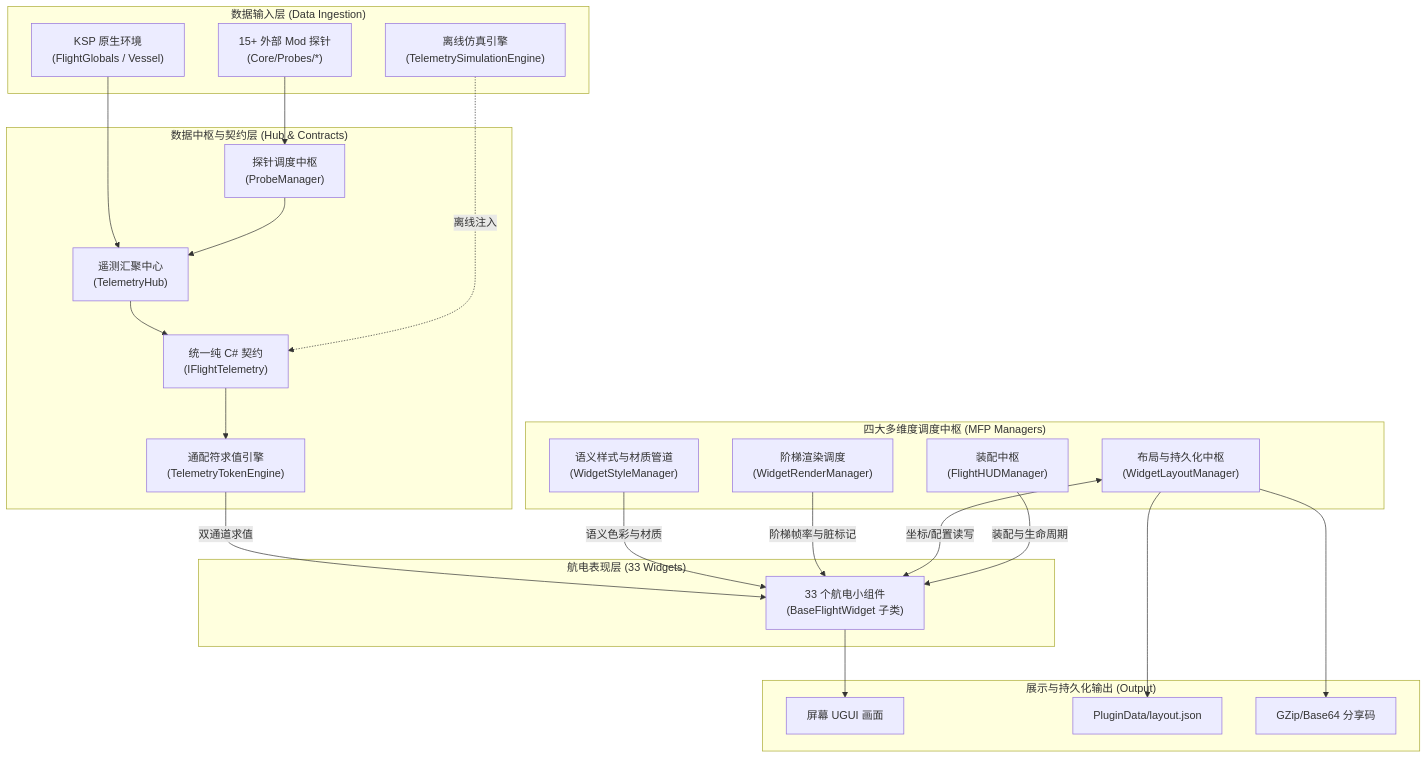
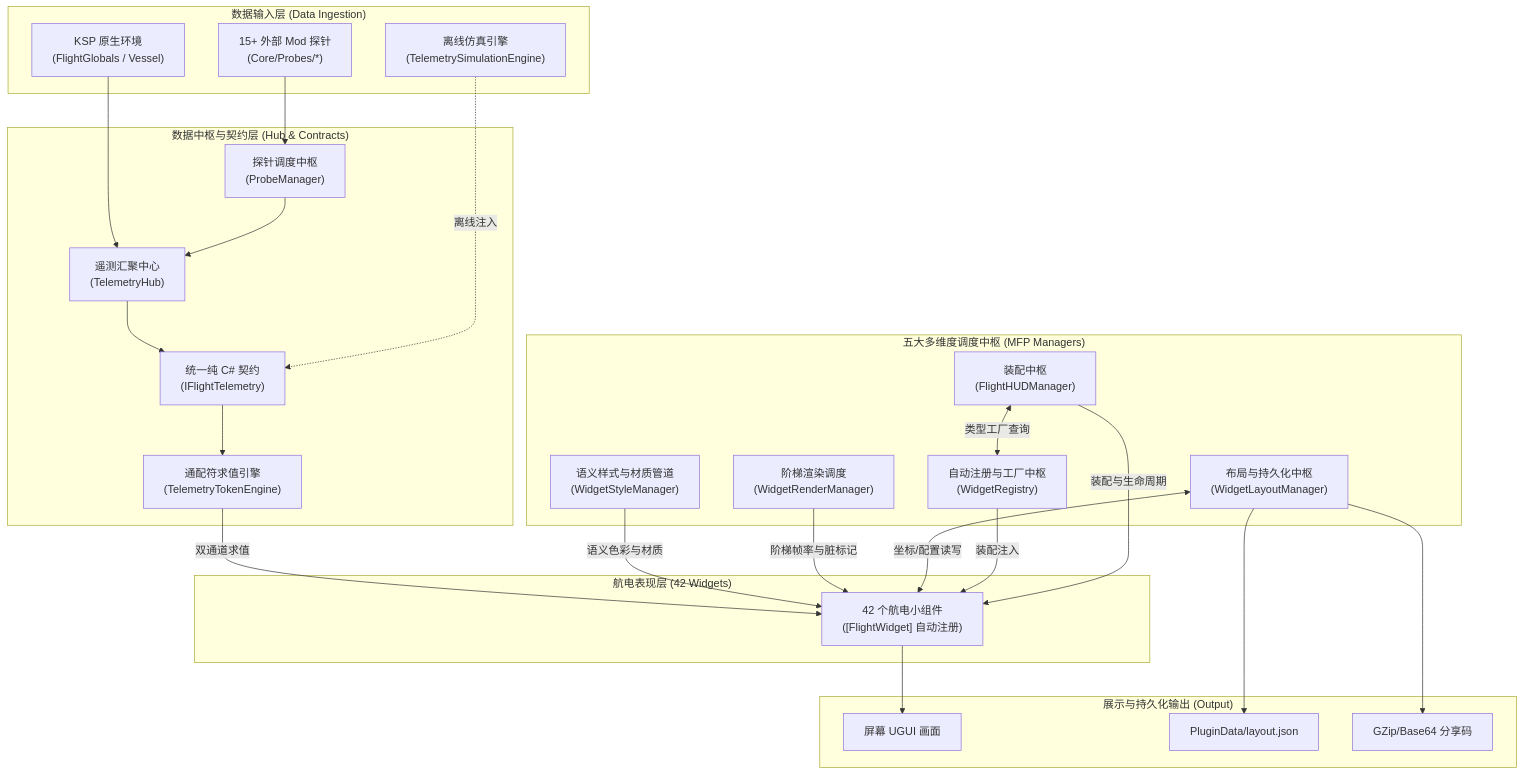
One commit to DiaoDaiaChan/KSP_ModularFlightPanel changed the diagram in 项目结构.md. Above: the diagram before and after it, drawn with Mermaid. The commit also changed other lines of this file and 183 other files, not shown here.

````diff
--- a/项目结构.md
+++ b/项目结构.md
@@ -320,49 +333,52 @@
 ```mermaid
 flowchart TD
     subgraph DataIngestion ["数据输入层 (Data Ingestion)"]
         KSPData["KSP 原生环境<br/>(FlightGlobals / Vessel)"]
         ModProbes["15+ 外部 Mod 探针<br/>(Core/Probes/*)"]
         SimData["离线仿真引擎<br/>(TelemetrySimulationEngine)"]
     end
 
     subgraph HubLayer ["数据中枢与契约层 (Hub & Contracts)"]
         ProbeMgr["探针调度中枢<br/>(ProbeManager)"]
         TelemetryHub["遥测汇聚中心<br/>(TelemetryHub)"]
         IFlightTelemetry["统一纯 C# 契约<br/>(IFlightTelemetry)"]
         TokenEngine["通配符求值引擎<br/>(TelemetryTokenEngine)"]
     end
 
-    subgraph ManagerLayer ["四大多维度调度中枢 (MFP Managers)"]
+    subgraph ManagerLayer ["五大多维度调度中枢 (MFP Managers)"]
         FlightHUDManager["装配中枢<br/>(FlightHUDManager)"]
+        WidgetRegistry["自动注册与工厂中枢<br/>(WidgetRegistry)"]
         RenderMgr["阶梯渲染调度<br/>(WidgetRenderManager)"]
         StyleMgr["语义样式与材质管道<br/>(WidgetStyleManager)"]
         LayoutMgr["布局与持久化中枢<br/>(WidgetLayoutManager)"]
     end
 
-    subgraph WidgetLayer ["航电表现层 (33 Widgets)"]
-        Widgets["33 个航电小组件<br/>(BaseFlightWidget 子类)"]
+    subgraph WidgetLayer ["航电表现层 (42 Widgets)"]
+        Widgets["42 个航电小组件<br/>([FlightWidget] 自动注册)"]
     end
 
     subgraph OutputLayer ["展示与持久化输出 (Output)"]
         UGUICanvas["屏幕 UGUI 画面"]
         LayoutJSON["PluginData/layout.json"]
         ShareCode["GZip/Base64 分享码"]
     end
 
     KSPData --> TelemetryHub
     ModProbes --> ProbeMgr --> TelemetryHub
     TelemetryHub --> IFlightTelemetry
     SimData -.->|离线注入| IFlightTelemetry
 
     IFlightTelemetry --> TokenEngine
     TokenEngine -->|双通道求值| Widgets
 
     StyleMgr -->|语义色彩与材质| Widgets
     RenderMgr -->|阶梯帧率与脏标记| Widgets
     LayoutMgr <-->|坐标/配置读写| Widgets
+    FlightHUDManager <-->|类型工厂查询| WidgetRegistry
+    WidgetRegistry -->|装配注入| Widgets
     FlightHUDManager -->|装配与生命周期| Widgets
 
     Widgets --> UGUICanvas
     LayoutMgr --> LayoutJSON
     LayoutMgr --> ShareCode
 ```
````
